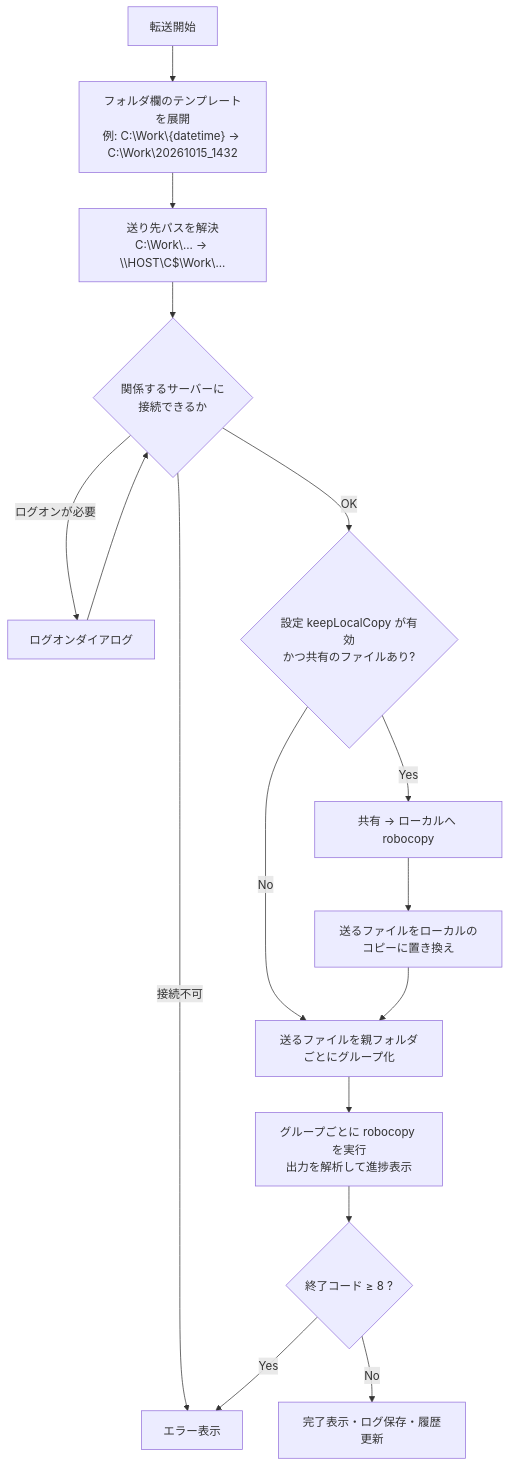
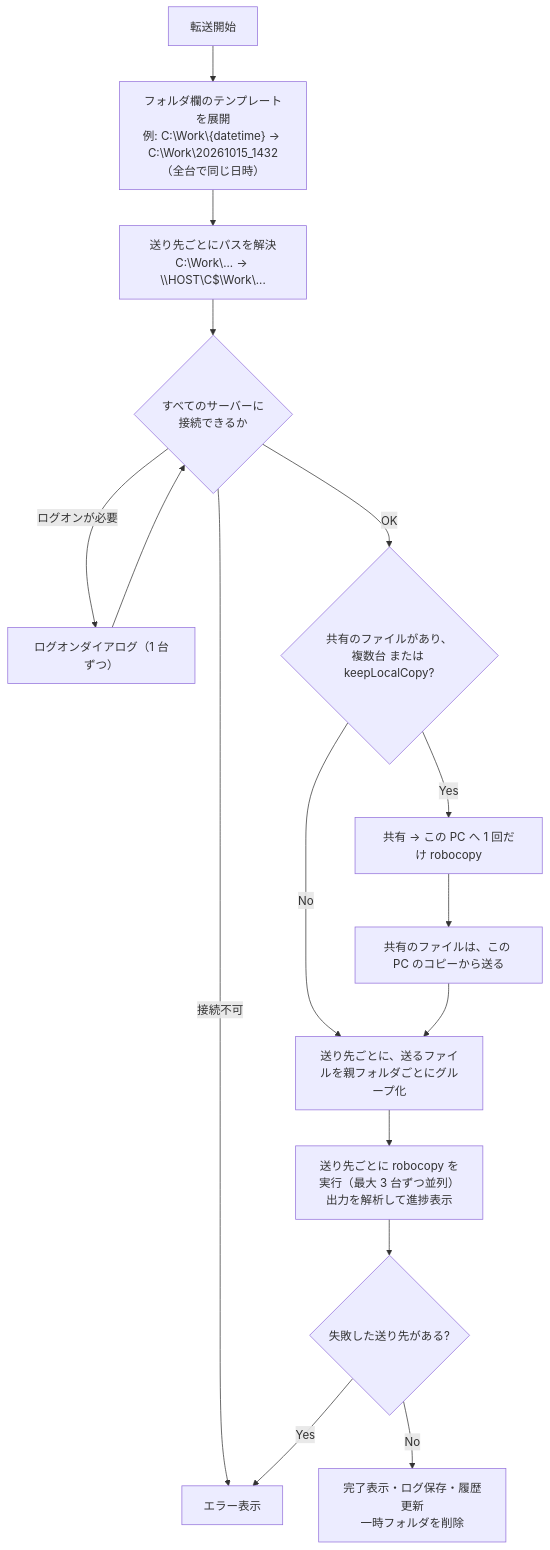
The third of 5 diagrams in docs/design.md (y24/FileTransfer), drawn with Mermaid before and after one commit. The commit also changed other lines of this file and 12 other files, not shown here.

````diff
--- a/docs/design.md
+++ b/docs/design.md
@@ -283,15 +308,15 @@
 ```mermaid
 flowchart TD
-  A["転送開始"] --> B["フォルダ欄のテンプレートを展開<br>例: C:\Work\{datetime} → C:\Work\20261015_1432"]
-  B --> C["送り先パスを解決<br>C:\Work\... → \\HOST\C$\Work\..."]
-  C --> D{"関係するサーバーに<br>接続できるか"}
-  D -->|ログオンが必要| E["ログオンダイアログ"] --> D
+  A["転送開始"] --> B["フォルダ欄のテンプレートを展開<br>例: C:\Work\{datetime} → C:\Work\20261015_1432<br>（全台で同じ日時）"]
+  B --> C["送り先ごとにパスを解決<br>C:\Work\... → \\HOST\C$\Work\..."]
+  C --> D{"すべてのサーバーに<br>接続できるか"}
+  D -->|ログオンが必要| E["ログオンダイアログ（1 台ずつ）"] --> D
   D -->|接続不可| X["エラー表示"]
-  D -->|OK| F{"設定 keepLocalCopy が有効<br>かつ共有のファイルあり?"}
-  F -->|No| G["送るファイルを親フォルダごとにグループ化"]
-  F -->|Yes| F1["共有 → ローカルへ robocopy"] --> F2["送るファイルをローカルのコピーに置き換え"] --> G
-  G --> H["グループごとに robocopy を実行<br>出力を解析して進捗表示"]
-  H --> I{"終了コード ≥ 8 ?"}
+  D -->|OK| F{"共有のファイルがあり、<br>複数台 または keepLocalCopy?"}
+  F -->|No| G["送り先ごとに、送るファイルを親フォルダごとにグループ化"]
+  F -->|Yes| F1["共有 → この PC へ 1 回だけ robocopy"] --> F2["共有のファイルは、この PC のコピーから送る"] --> G
+  G --> H["送り先ごとに robocopy を実行（最大 3 台ずつ並列）<br>出力を解析して進捗表示"]
+  H --> I{"失敗した送り先がある?"}
   I -->|Yes| X
-  I -->|No| J["完了表示・ログ保存・履歴更新"]
+  I -->|No| J["完了表示・ログ保存・履歴更新<br>一時フォルダを削除"]
 ```
````
